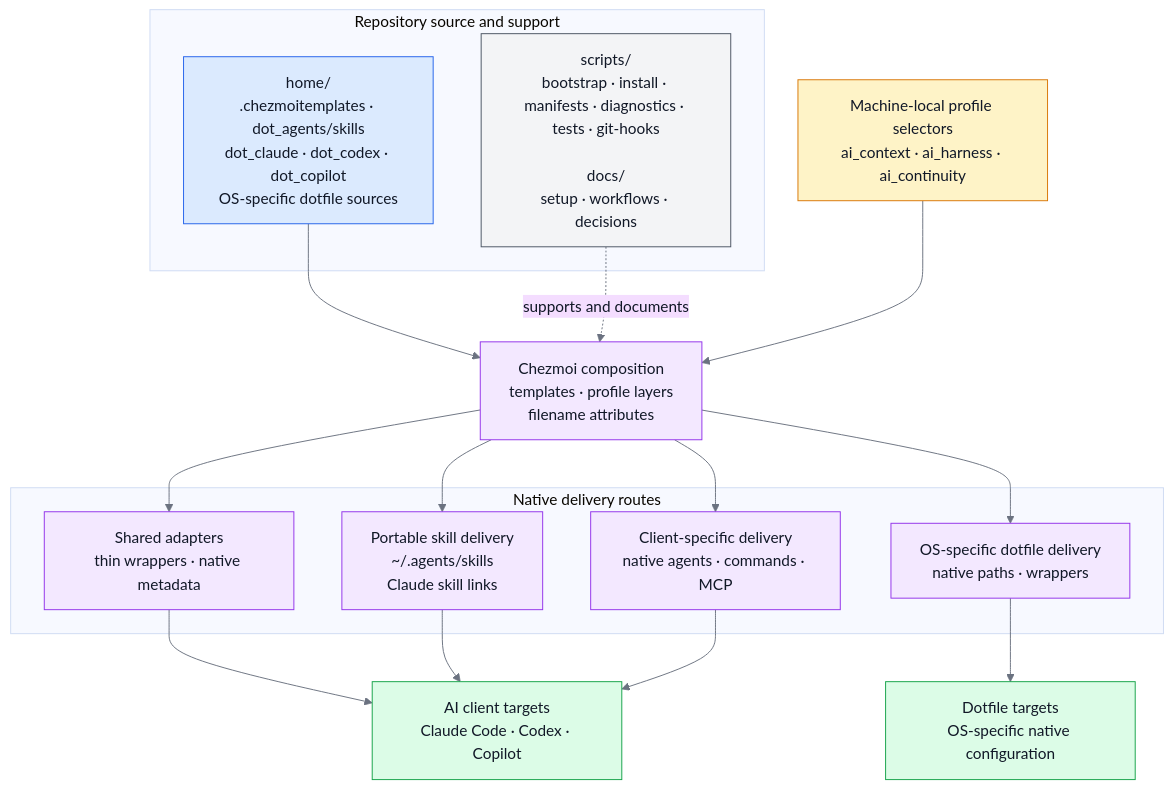
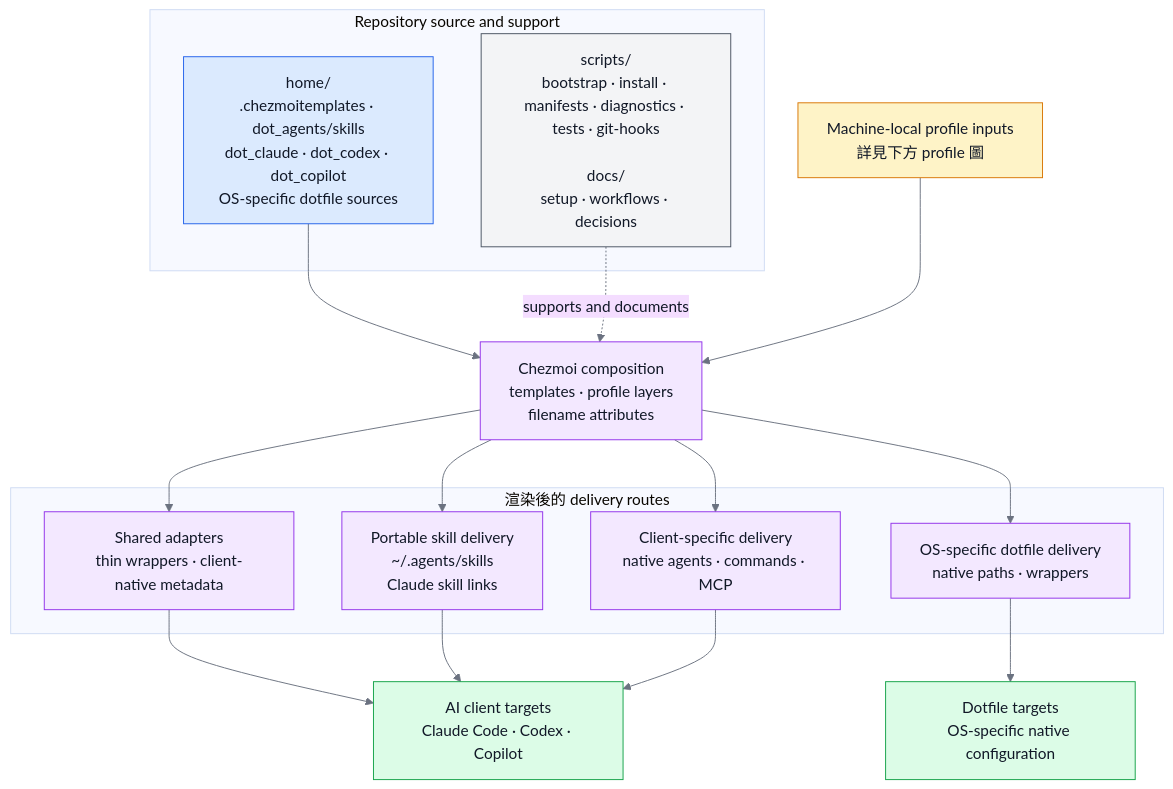
Before and after one commit to sherrilla71940/dotfiles: the first of 4 diagrams in README.zh-TW.md, drawn with Mermaid. The commit also changed other lines of this file and 1 other file, not shown here.

Commit message:
docs(readme): clarify diagram boundaries

````diff
--- a/README.zh-TW.md
+++ b/README.zh-TW.md
@@ -44,35 +44,35 @@
 ```mermaid
 %%{init: {"theme": "base", "themeVariables": {"primaryTextColor": "#111827", "nodeTextColor": "#111827", "textColor": "#111827", "lineColor": "#6b7280"}, "flowchart": {"useMaxWidth": true}}}%%
 flowchart TB
-    selectors["Machine-local profile selectors<br/>ai_context · ai_harness · ai_continuity"]:::choice
+    profile["Machine-local profile inputs<br/>詳見下方 profile 圖"]:::choice
 
     subgraph repository["Repository source and support"]
         home["home/<br/>.chezmoitemplates · dot_agents/skills<br/>dot_claude · dot_codex · dot_copilot<br/>OS-specific dotfile sources"]:::source
         support["scripts/<br/>bootstrap · install · manifests · diagnostics · tests · git-hooks<br/><br/>docs/<br/>setup · workflows · decisions"]:::support
     end
 
     compose["Chezmoi composition<br/>templates · profile layers<br/>filename attributes"]:::process
 
-    subgraph routes["Native delivery routes"]
-        sharedRoute["Shared adapters<br/>thin wrappers · native metadata"]:::process
+    subgraph routes["渲染後的 delivery routes"]
+        sharedRoute["Shared adapters<br/>thin wrappers · client-native metadata"]:::process
         portableRoute["Portable skill delivery<br/>~/.agents/skills<br/>Claude skill links"]:::process
         clientRoute["Client-specific delivery<br/>native agents · commands · MCP"]:::process
         osRoute["OS-specific dotfile delivery<br/>native paths · wrappers"]:::process
     end
 
     aiTargets["AI client targets<br/>Claude Code · Codex · Copilot"]:::target
     developerTargets["Dotfile targets<br/>OS-specific native configuration"]:::target
     home --> compose
-    selectors --> compose
+    profile --> compose
     support -. "supports and documents" .-> compose
     compose --> sharedRoute --> aiTargets
     compose --> portableRoute --> aiTargets
     compose --> clientRoute --> aiTargets
     compose --> osRoute --> developerTargets
 
     classDef source fill:#dbeafe,stroke:#2563eb,color:#111827
     classDef choice fill:#fef3c7,stroke:#d97706,color:#111827
     classDef process fill:#f3e8ff,stroke:#9333ea,color:#111827
     classDef target fill:#dcfce7,stroke:#16a34a,color:#111827
     classDef support fill:#f3f4f6,stroke:#4b5563,color:#111827
 ```
````
